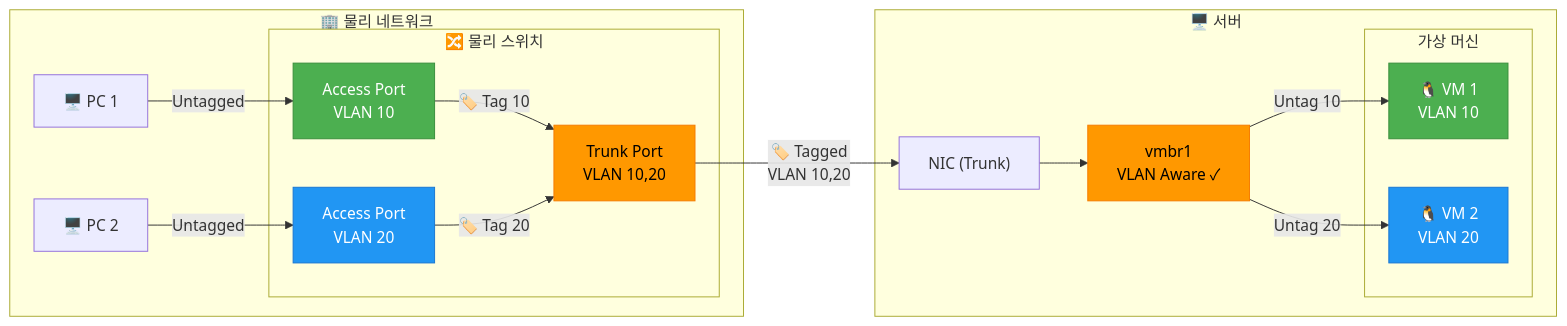
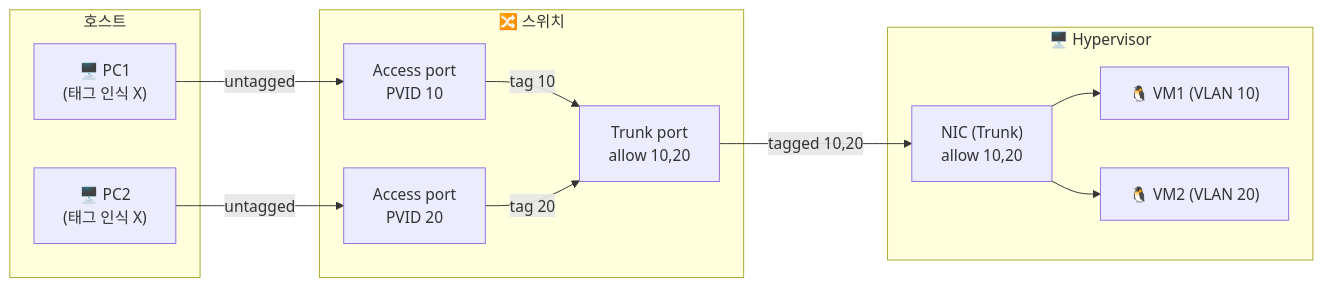
Before and after one commit to vanillacake369/vanillacake369.github.io: the first of 2 diagrams in src/content/posts/2026-01-20-About VLAN.md, drawn with Mermaid. The commit also changed other lines of this file, not shown here.

First line of the commit message:
refactor(post): About VLAN — fill 8 empty bullets, restructure as concept article

````diff
--- a/src/content/posts/2026-01-20-About VLAN.md
+++ b/src/content/posts/2026-01-20-About VLAN.md
@@ -136,37 +60,24 @@
 ```mermaid
 flowchart LR
-    subgraph Physical["🏢 물리 네트워크"]
-        PC1["🖥️ PC 1"]
-        PC2["🖥️ PC 2"]
-        subgraph Switch["🔀 물리 스위치"]
-            AP1["Access Port<br/>VLAN 10"]
-            AP2["Access Port<br/>VLAN 20"]
-            TP["Trunk Port<br/>VLAN 10,20"]
-        end
+    subgraph PCs["호스트"]
+        PC1["🖥️ PC1<br/>(태그 인식 X)"]
+        PC2["🖥️ PC2<br/>(태그 인식 X)"]
     end
-
-    subgraph Server["🖥️ 서버"]
-        NIC["NIC (Trunk)"]
-        vmbr1["vmbr1<br/>VLAN Aware ✓"]
-        subgraph VMs["가상 머신"]
-            VM1["🐧 VM 1<br/>VLAN 10"]
-            VM2["🐧 VM 2<br/>VLAN 20"]
-        end
+    subgraph SW["🔀 스위치"]
+        AP1["Access port<br/>PVID 10"]
+        AP2["Access port<br/>PVID 20"]
+        TP["Trunk port<br/>allow 10,20"]
     end
-
-    PC1 -->|"Untagged"| AP1
-    PC2 -->|"Untagged"| AP2
-    AP1 -->|"🏷️ Tag 10"| TP
-    AP2 -->|"🏷️ Tag 20"| TP
-    TP -->|"🏷️ Tagged<br/>VLAN 10,20"| NIC
-    NIC --> vmbr1
-    vmbr1 -->|"Untag 10"| VM1
-    vmbr1 -->|"Untag 20"| VM2
-
-    style TP fill:#ff9800,stroke:#f57c00,color:#000
-    style vmbr1 fill:#ff9800,stroke:#f57c00,color:#000
-    style AP1 fill:#4caf50,stroke:#388e3c,color:#fff
-    style AP2 fill:#2196f3,stroke:#1976d2,color:#fff
-    style VM1 fill:#4caf50,stroke:#388e3c,color:#fff
-    style VM2 fill:#2196f3,stroke:#1976d2,color:#fff
+    subgraph Server["🖥️ Hypervisor"]
+        NIC["NIC (Trunk)<br/>allow 10,20"]
+        VM1["🐧 VM1 (VLAN 10)"]
+        VM2["🐧 VM2 (VLAN 20)"]
+    end
+    PC1 -->|"untagged"| AP1
+    PC2 -->|"untagged"| AP2
+    AP1 -->|"tag 10"| TP
+    AP2 -->|"tag 20"| TP
+    TP -->|"tagged 10,20"| NIC
+    NIC --> VM1
+    NIC --> VM2
 ```
````
